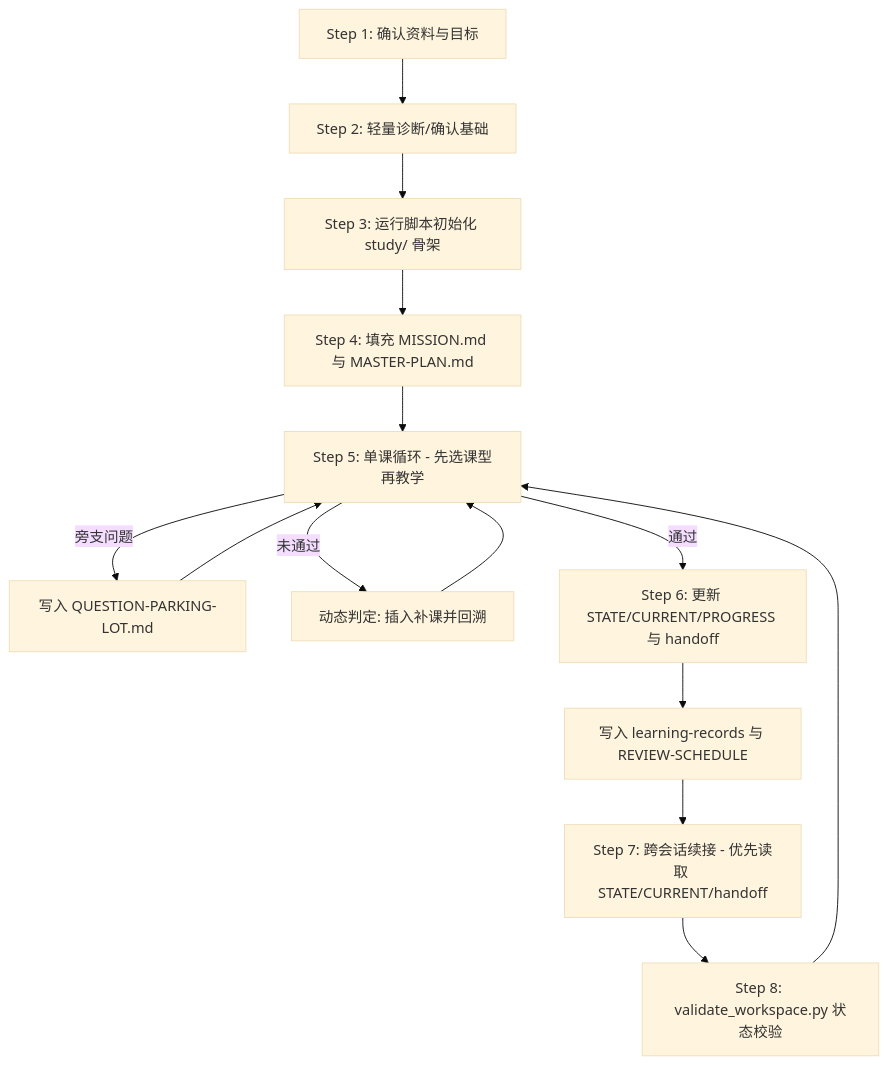
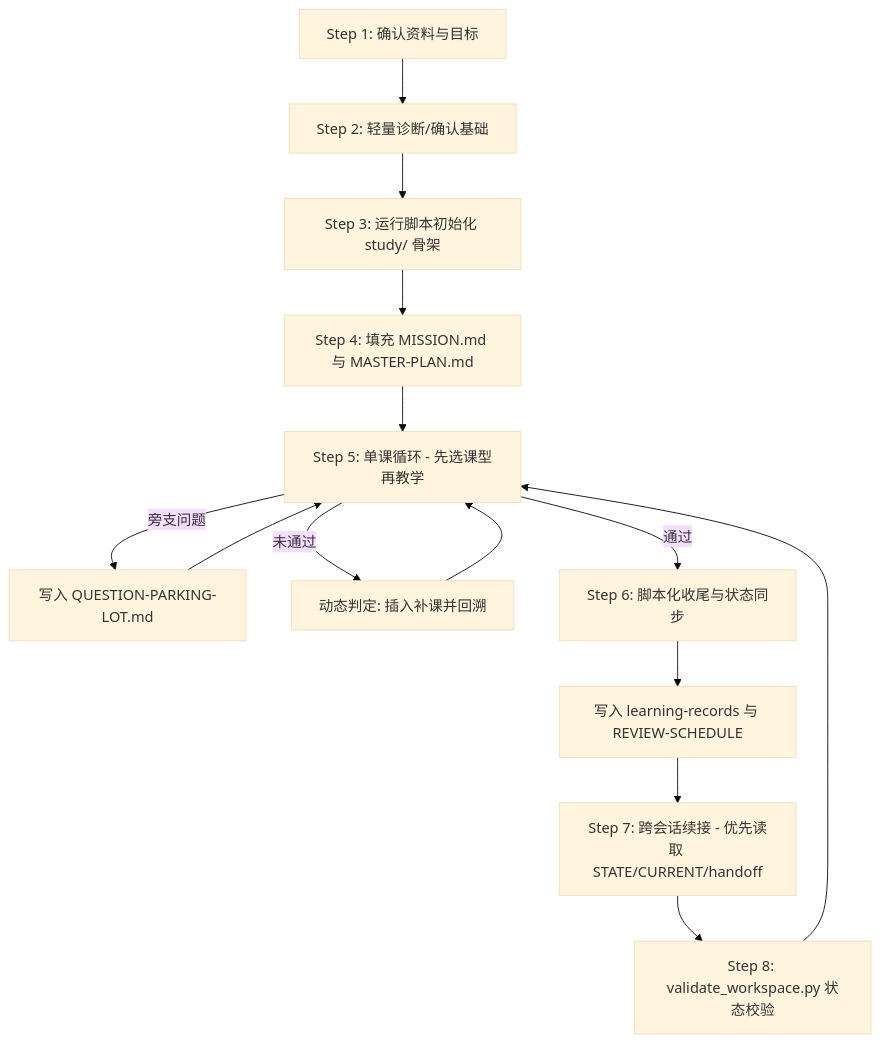
One commit to twj515895394/study-system-skill changed the diagram in README.md. Above: the diagram before and after it, drawn with Mermaid (base theme). The commit also changed other lines of this file, not shown here.

````diff
--- a/README.md
+++ b/README.md
@@ -155,16 +172,16 @@
 ```mermaid
 graph TD
     A[Step 1: 确认资料与目标] --> B[Step 2: 轻量诊断/确认基础]
     B --> C[Step 3: 运行脚本初始化 study/ 骨架]
     C --> D[Step 4: 填充 MISSION.md 与 MASTER-PLAN.md]
     D --> E[Step 5: 单课循环 - 先选课型再教学]
     E -->|旁支问题| Q[写入 QUESTION-PARKING-LOT.md]
     Q --> E
     E -->|未通过| F[动态判定: 插入补课并回溯]
     F --> E
-    E -->|通过| G[Step 6: 更新 STATE/CURRENT/PROGRESS 与 handoff]
+    E -->|通过| G[Step 6: 脚本化收尾与状态同步]
     G --> R[写入 learning-records 与 REVIEW-SCHEDULE]
     R --> H[Step 7: 跨会话续接 - 优先读取 STATE/CURRENT/handoff]
     H --> V[Step 8: validate_workspace.py 状态校验]
     V --> E
 ```
````
